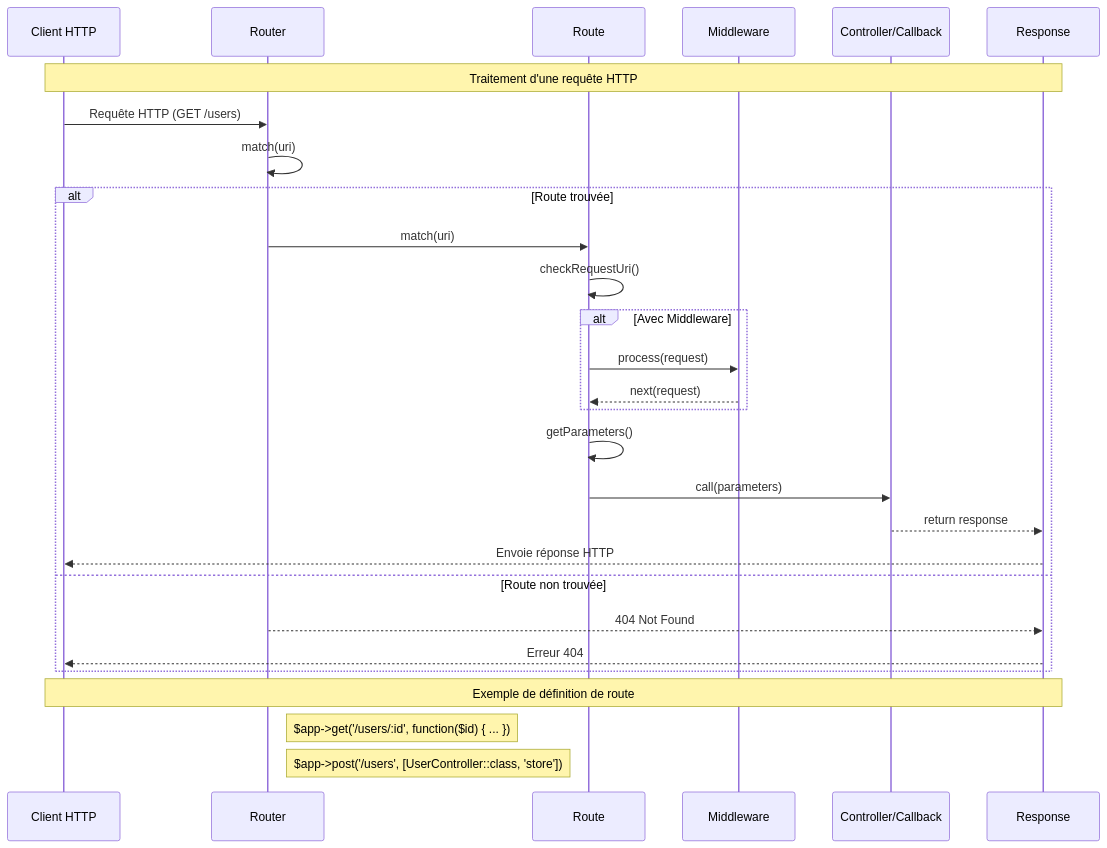
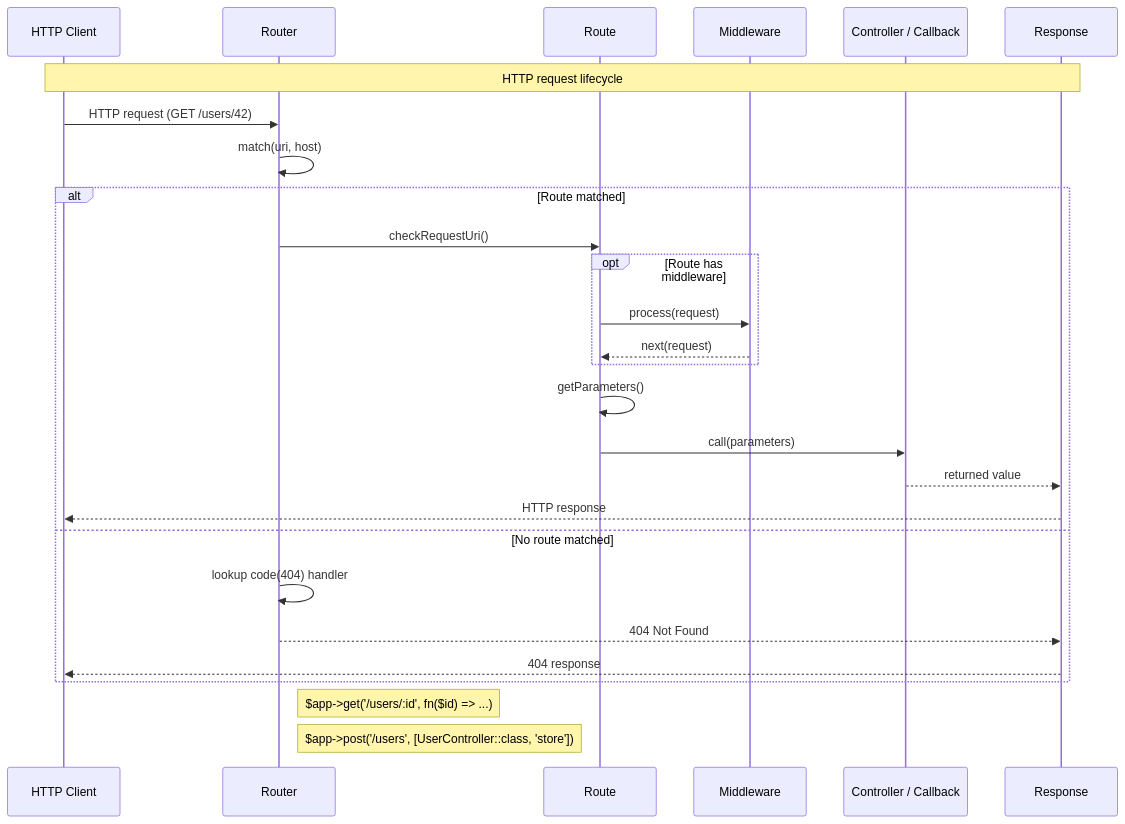
The diagram in src/Router/README.md (bowphp/framework), drawn with Mermaid before and after one commit. The commit also changed other lines of this file and 29 other files, not shown here.

````diff
--- a/src/Router/README.md
+++ b/src/Router/README.md
@@ -19,38 +77,33 @@
 ```mermaid
 sequenceDiagram
-    participant Client as Client HTTP
-    participant Router as Router
-    participant Route as Route
-    participant Middleware as Middleware
-    participant Controller as Controller/Callback
-    participant Response as Response
+    participant Client as HTTP Client
+    participant Router
+    participant Route
+    participant Middleware
+    participant Handler as Controller / Callback
+    participant Response
 
-    Note over Client,Response: Traitement d'une requête HTTP
-    
-    Client->>Router: Requête HTTP (GET /users)
-    
-    Router->>Router: match(uri)
-    
-    alt Route trouvée
-        Router->>Route: match(uri)
-        Route->>Route: checkRequestUri()
-        
-        alt Avec Middleware
+    Note over Client,Response: HTTP request lifecycle
+
+    Client->>Router: HTTP request (GET /users/42)
+    Router->>Router: match(uri, host)
+
+    alt Route matched
+        Router->>Route: checkRequestUri()
+        opt Route has middleware
             Route->>Middleware: process(request)
             Middleware-->>Route: next(request)
         end
-        
         Route->>Route: getParameters()
-        Route->>Controller: call(parameters)
-        Controller-->>Response: return response
-        Response-->>Client: Envoie réponse HTTP
-    else Route non trouvée
+        Route->>Handler: call(parameters)
+        Handler-->>Response: returned value
+        Response-->>Client: HTTP response
+    else No route matched
+        Router->>Router: lookup code(404) handler
         Router-->>Response: 404 Not Found
-        Response-->>Client: Erreur 404
+        Response-->>Client: 404 response
     end
 
-    Note over Client,Response: Exemple de définition de route
-    
-    Note right of Router: $app->get('/users/:id', function($id) { ... })
+    Note right of Router: $app->get('/users/:id', fn($id) => ...)
     Note right of Router: $app->post('/users', [UserController::class, 'store'])
 ```
````
